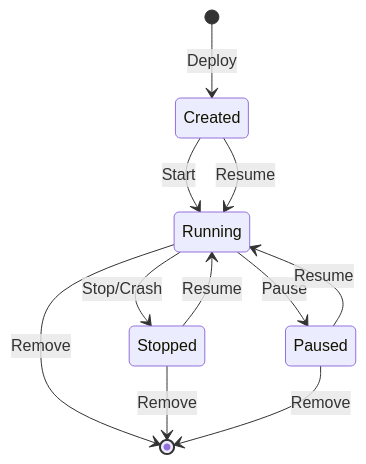
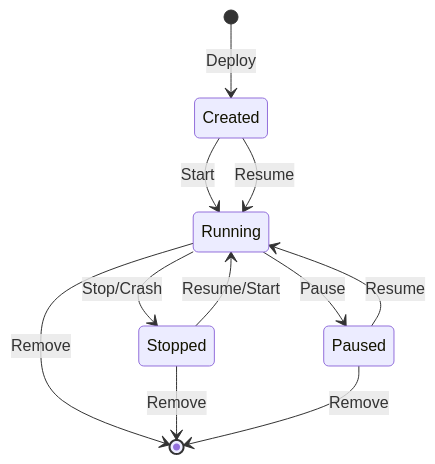
One commit to oso95/Agentainer-lab changed the diagram in README.md. Above: the diagram before and after it, drawn with Mermaid. The commit also changed other lines of this file and 1 other file, not shown here.

First line of the commit message:
docs: Update README.md to reflect new architecture and features

````diff
--- a/README.md
+++ b/README.md
@@ -194,13 +223,13 @@
 ```mermaid
 stateDiagram-v2
     [*] --> Created: Deploy
     Created --> Running: Start
     Running --> Stopped: Stop/Crash
     Running --> Paused: Pause
     Paused --> Running: Resume
-    Stopped --> Running: Resume
+    Stopped --> Running: Resume/Start
     Created --> Running: Resume
     Running --> [*]: Remove
     Stopped --> [*]: Remove
     Paused --> [*]: Remove
 ```
````
